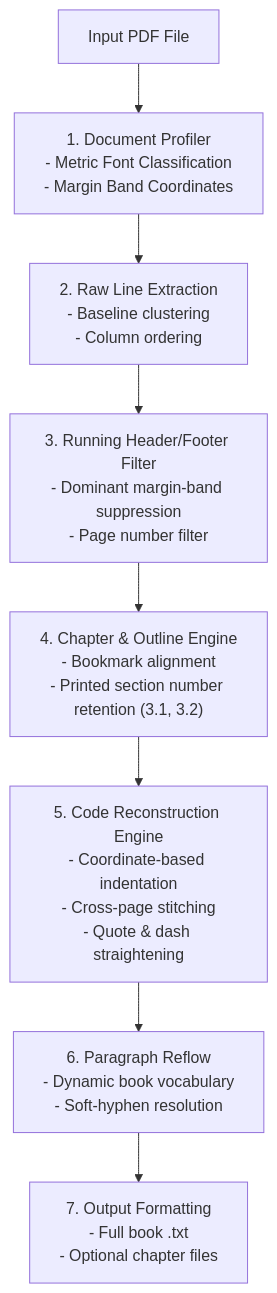
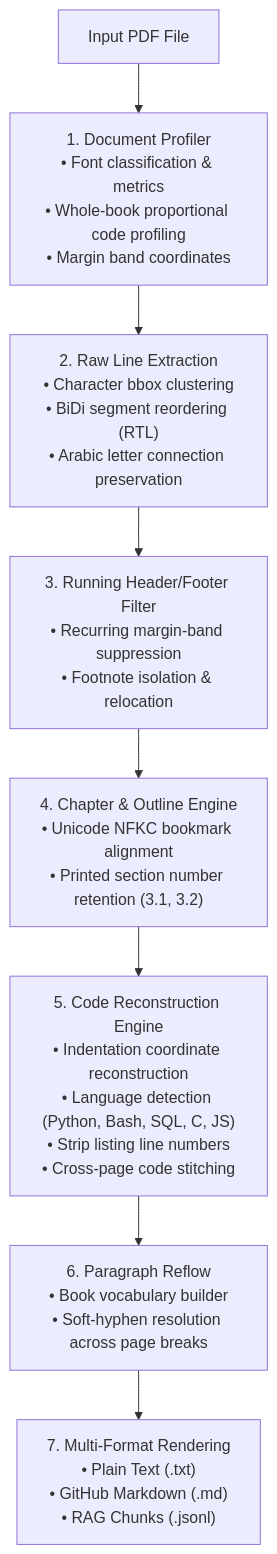
The diagram in README.md (7AZZANI/pdf-book-to-text), drawn with Mermaid before and after one commit. The commit also changed other lines of this file and 7 other files, not shown here.

First line of the commit message:
feat(v2.0.0): upgrade extraction engine across Phases 1-3

````diff
--- a/README.md
+++ b/README.md
@@ -192,10 +218,10 @@
 ```mermaid
 flowchart TD
-    A["Input PDF File"] --> B["1. Document Profiler\n- Metric Font Classification\n- Margin Band Coordinates"]
-    B --> C["2. Raw Line Extraction\n- Baseline clustering\n- Column ordering"]
-    C --> D["3. Running Header/Footer Filter\n- Dominant margin-band suppression\n- Page number filter"]
-    D --> E["4. Chapter & Outline Engine\n- Bookmark alignment\n- Printed section number retention (3.1, 3.2)"]
-    E --> F["5. Code Reconstruction Engine\n- Coordinate-based indentation\n- Cross-page stitching\n- Quote & dash straightening"]
-    F --> G["6. Paragraph Reflow\n- Dynamic book vocabulary\n- Soft-hyphen resolution"]
-    G --> H["7. Output Formatting\n- Full book .txt\n- Optional chapter files"]
+    A["Input PDF File"] --> B["1. Document Profiler\n• Font classification & metrics\n• Whole-book proportional code profiling\n• Margin band coordinates"]
+    B --> C["2. Raw Line Extraction\n• Character bbox clustering\n• BiDi segment reordering (RTL)\n• Arabic letter connection preservation"]
+    C --> D["3. Running Header/Footer Filter\n• Recurring margin-band suppression\n• Footnote isolation & relocation"]
+    D --> E["4. Chapter & Outline Engine\n• Unicode NFKC bookmark alignment\n• Printed section number retention (3.1, 3.2)"]
+    E --> F["5. Code Reconstruction Engine\n• Indentation coordinate reconstruction\n• Language detection (Python, Bash, SQL, C, JS)\n• Strip listing line numbers\n• Cross-page code stitching"]
+    F --> G["6. Paragraph Reflow\n• Book vocabulary builder\n• Soft-hyphen resolution across page breaks"]
+    G --> H["7. Multi-Format Rendering\n• Plain Text (.txt)\n• GitHub Markdown (.md)\n• RAG Chunks (.jsonl)"]
 ```
````
